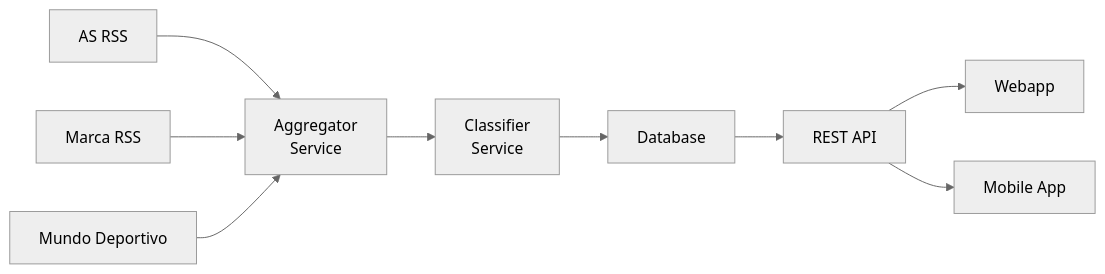
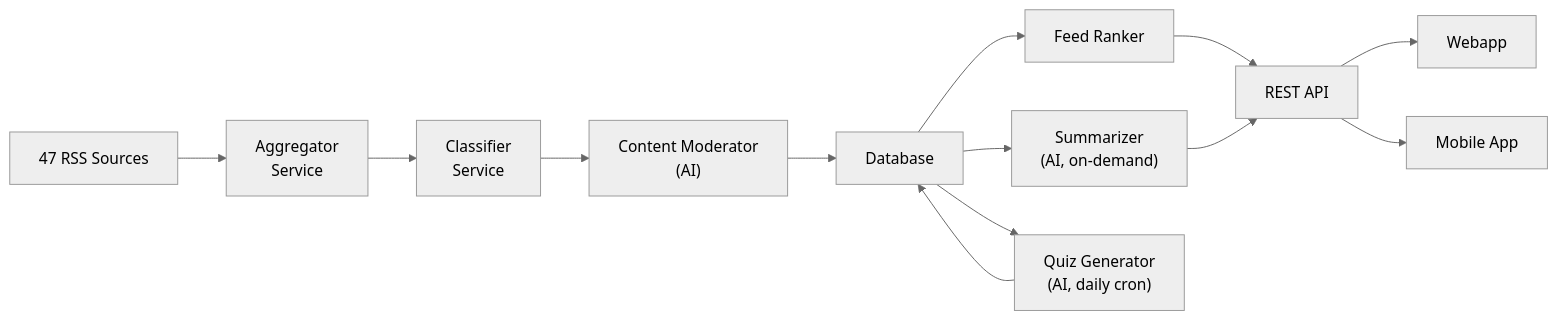
Before and after one commit to durdy48/SportyKids: the second of 2 diagrams in docs/en/01-architecture.md, drawn with Mermaid (neutral theme). The commit also changed other lines of this file and 22 other files, not shown here.

````diff
--- a/docs/en/01-architecture.md
+++ b/docs/en/01-architecture.md
@@ -94,11 +132,16 @@
 ```mermaid
 flowchart LR
-    RSS1["AS RSS"] --> AGR["Aggregator<br/>Service"]
-    RSS2["Marca RSS"] --> AGR
-    RSS3["Mundo Deportivo"] --> AGR
+    RSS1["47 RSS Sources"] --> AGR["Aggregator<br/>Service"]
     AGR --> CLAS["Classifier<br/>Service"]
-    CLAS --> DB["Database"]
-    DB --> API["REST API"]
+    CLAS --> MOD["Content Moderator<br/>(AI)"]
+    MOD --> DB["Database"]
+    DB --> FR["Feed Ranker"]
+    FR --> API["REST API"]
     API --> WEB["Webapp"]
     API --> MOB["Mobile App"]
+
+    DB --> SUM["Summarizer<br/>(AI, on-demand)"]
+    SUM --> API
+    DB --> QG["Quiz Generator<br/>(AI, daily cron)"]
+    QG --> DB
 ```
````
